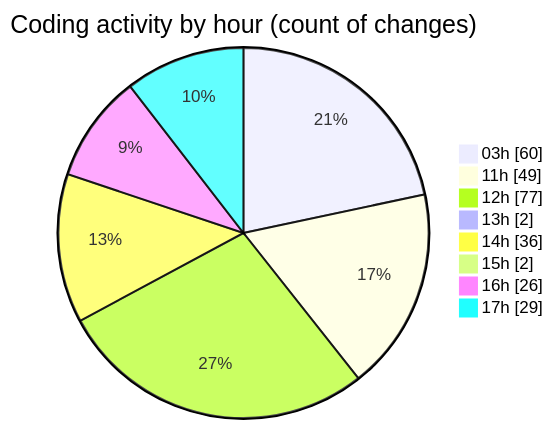
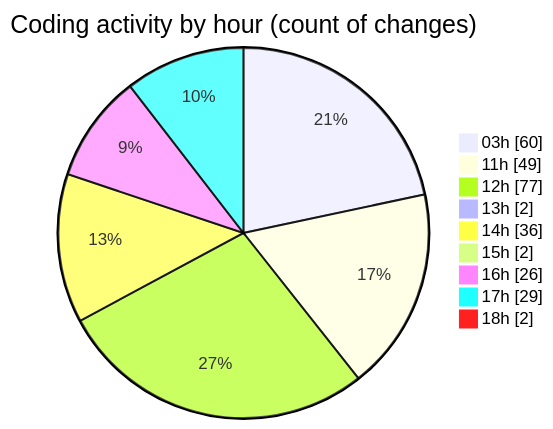
The second of 2 diagrams in 2025-07-02/mern-thinkboard/README.md (Ritupan-Deka/code-tracking), drawn with Mermaid before and after one commit. The commit also changed other lines of this file and 1 other file, not shown here.

````diff
--- a/2025-07-02/mern-thinkboard/README.md
+++ b/2025-07-02/mern-thinkboard/README.md
@@ -39,12 +40,13 @@
 ```mermaid
 pie showData
 title Coding activity by hour (count of changes)
 "03h" : 60
 "11h" : 49
 "12h" : 77
 "13h" : 2
 "14h" : 36
 "15h" : 2
 "16h" : 26
 "17h" : 29
+"18h" : 2
 ```
````
